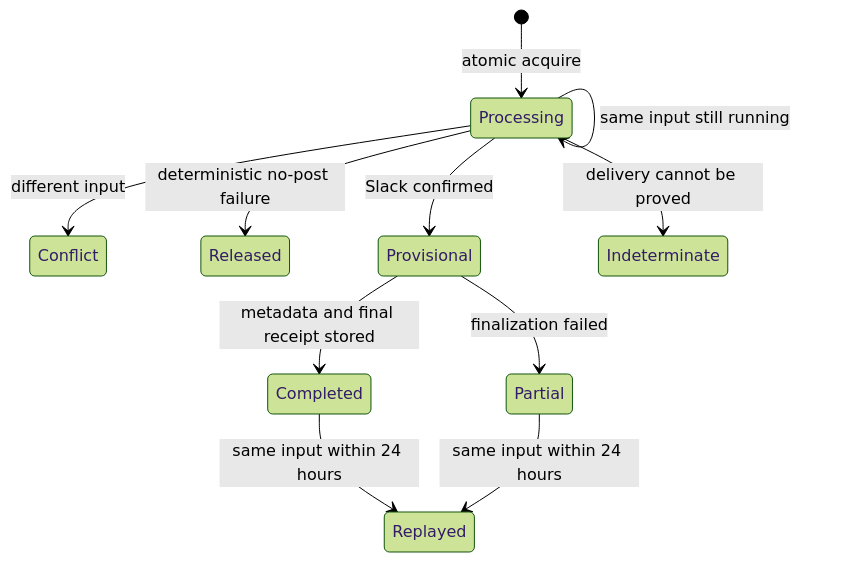
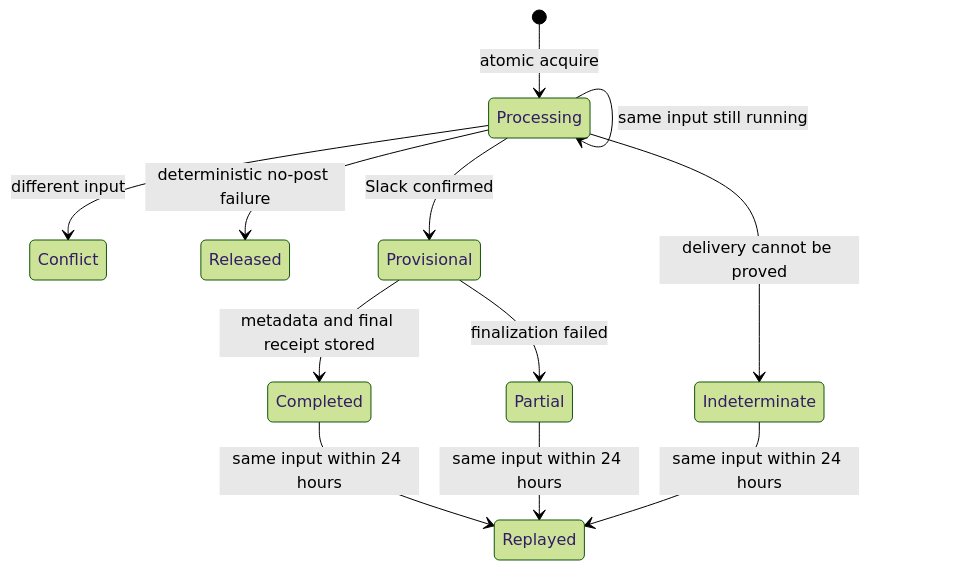
The second of 2 diagrams in docs/technical-design.md (drinman/github-access-triage), drawn with Mermaid (forest theme) before and after one commit. The commit also changed 7 other files, not shown here.

````diff
--- a/docs/technical-design.md
+++ b/docs/technical-design.md
@@ -166,13 +166,14 @@
 ```mermaid
 stateDiagram-v2
   [*] --> Processing: atomic acquire
   Processing --> Processing: same input still running
   Processing --> Conflict: different input
   Processing --> Released: deterministic no-post failure
   Processing --> Provisional: Slack confirmed
   Provisional --> Completed: metadata and final receipt stored
   Provisional --> Partial: finalization failed
   Processing --> Indeterminate: delivery cannot be proved
   Completed --> Replayed: same input within 24 hours
   Partial --> Replayed: same input within 24 hours
+  Indeterminate --> Replayed: same input within 24 hours
 ```
````
